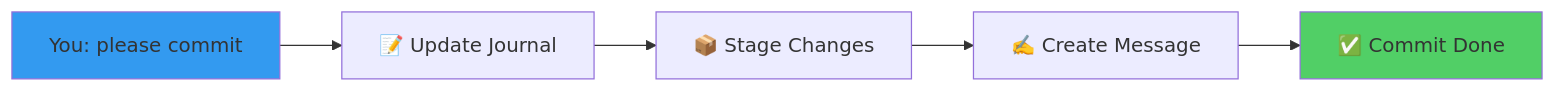
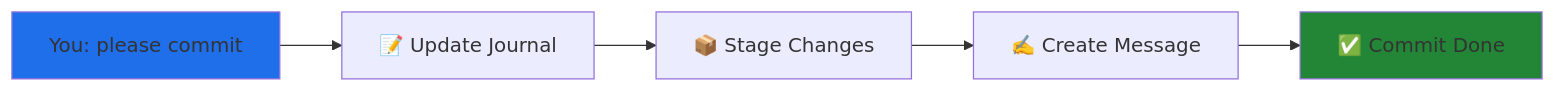
The fifth of 7 diagrams in README.md (hassanvfx/clineflow), drawn with Mermaid before and after one commit. The commit also changed other lines of this file, not shown here.

First line of the commit message:
fix: improve Mermaid diagram colors for better readability

````diff
--- a/README.md
+++ b/README.md
@@ -246,9 +246,9 @@
 ```mermaid
 graph LR
     A[You: please commit] --> B[📝 Update Journal]
     B --> C[📦 Stage Changes]
     C --> D[✍️ Create Message]
     D --> E[✅ Commit Done]
-    style A fill:#339af0
-    style E fill:#51cf66
+    style A fill:#1f6feb
+    style E fill:#238636
 ```
````
